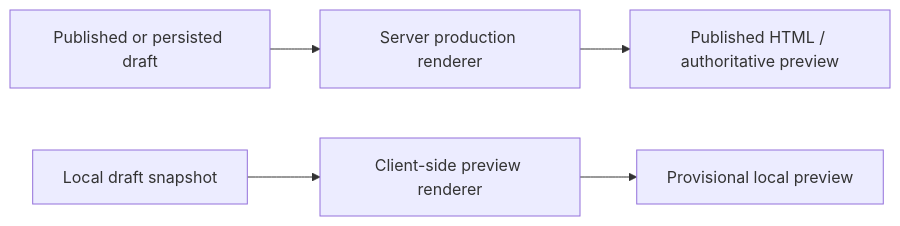
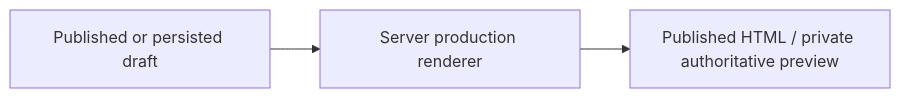
The fourth of 6 diagrams in docs/design/rendering.md (Natoandro/verso), drawn with Mermaid before and after one commit. The commit also changed other lines of this file and 62 other files, not shown here.

Commit message:
refactor(editor): adopt server-rendered HTMX architecture

````diff
--- a/docs/design/rendering.md
+++ b/docs/design/rendering.md
@@ -73,7 +73,5 @@
 ```mermaid
 flowchart LR
     canonical["Published or persisted draft"] --> server["Server production renderer"]
-    local["Local draft snapshot"] --> client["Client-side preview renderer"]
-    server --> public["Published HTML / authoritative preview"]
-    client --> provisional["Provisional local preview"]
+    server --> public["Published HTML / private authoritative preview"]
 ```
````
